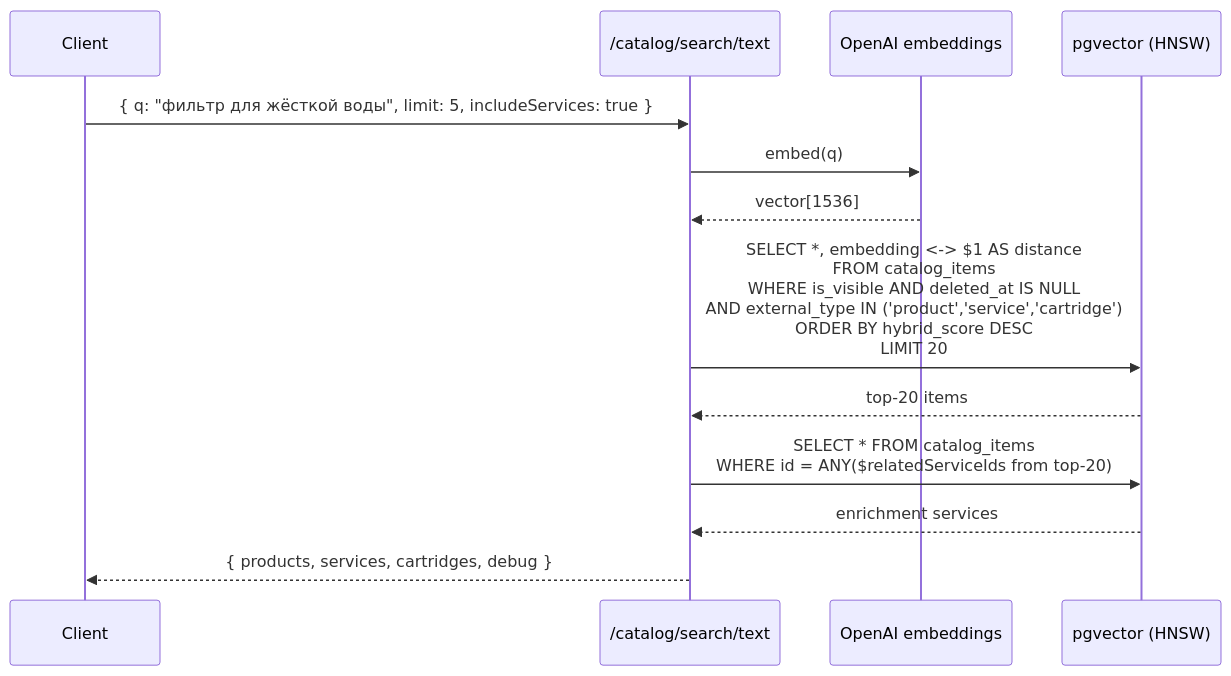
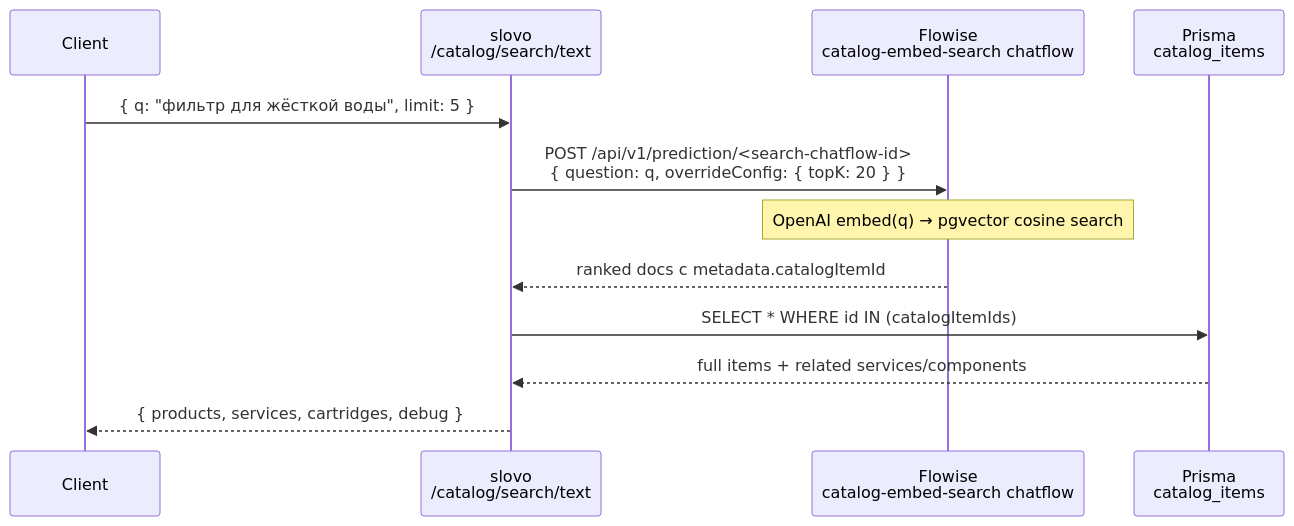
Before and after one commit to Pelmenya/slovo: the second of 3 diagrams in docs/features/vision-catalog-search.md, drawn with Mermaid. The commit also changed other lines of this file and 6 other files, not shown here.

````diff
--- a/docs/features/vision-catalog-search.md
+++ b/docs/features/vision-catalog-search.md
@@ -117,16 +143,15 @@
 ```mermaid
 sequenceDiagram
     participant Client
-    participant API as /catalog/search/text
-    participant OAI as OpenAI embeddings
-    participant PG as pgvector (HNSW)
+    participant Slovo as slovo<br/>/catalog/search/text
+    participant FW as Flowise<br/>catalog-embed-search chatflow
+    participant Prisma as Prisma<br/>catalog_items
 
-    Client->>API: { q: "фильтр для жёсткой воды", limit: 5, includeServices: true }
-    API->>OAI: embed(q)
-    OAI-->>API: vector[1536]
-    API->>PG: SELECT *, embedding <-> $1 AS distance<br/>FROM catalog_items<br/>WHERE is_visible AND deleted_at IS NULL<br/>AND external_type IN ('product','service','cartridge')<br/>ORDER BY hybrid_score DESC<br/>LIMIT 20
-    PG-->>API: top-20 items
-    API->>PG: SELECT * FROM catalog_items<br/>WHERE id = ANY($relatedServiceIds from top-20)
-    PG-->>API: enrichment services
-    API-->>Client: { products, services, cartridges, debug }
+    Client->>Slovo: { q: "фильтр для жёсткой воды", limit: 5 }
+    Slovo->>FW: POST /api/v1/prediction/<search-chatflow-id><br/>{ question: q, overrideConfig: { topK: 20 } }
+    Note over FW: OpenAI embed(q) → pgvector cosine search
+    FW-->>Slovo: ranked docs с metadata.catalogItemId
+    Slovo->>Prisma: SELECT * WHERE id IN (catalogItemIds)
+    Prisma-->>Slovo: full items + related services/components
+    Slovo-->>Client: { products, services, cartridges, debug }
 ```
````
